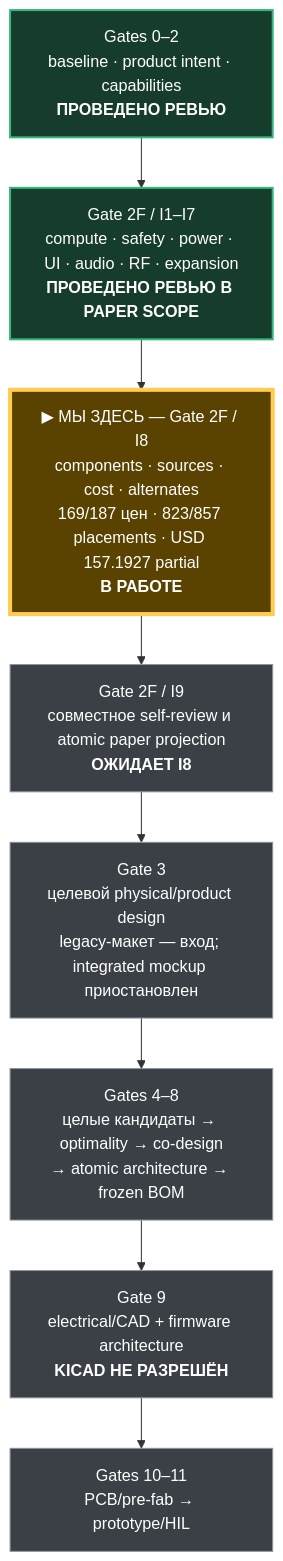
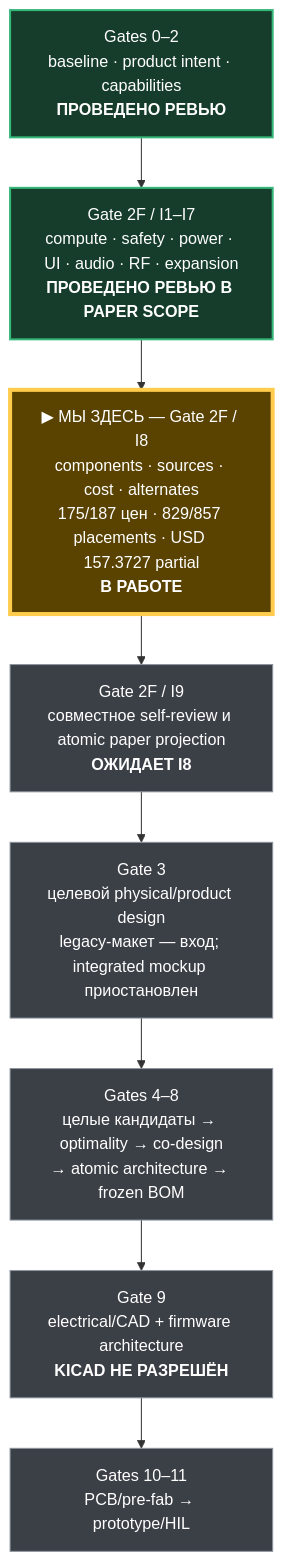
Before and after one commit to anton-vinogradov/esp32-leshy2: the diagram in docs/review/stages.md, drawn with Mermaid. The commit also changed other lines of this file and 40 other files, not shown here.

````diff
--- a/docs/review/stages.md
+++ b/docs/review/stages.md
@@ -15,20 +15,20 @@
 ```mermaid
 flowchart TD
   G02["Gates 0–2<br/>baseline · product intent · capabilities<br/><b>ПРОВЕДЕНО РЕВЬЮ</b>"]
   I17["Gate 2F / I1–I7<br/>compute · safety · power · UI · audio · RF · expansion<br/><b>ПРОВЕДЕНО РЕВЬЮ В PAPER SCOPE</b>"]
-  I8["▶ МЫ ЗДЕСЬ — Gate 2F / I8<br/>components · sources · cost · alternates<br/>169/187 цен · 823/857 placements · USD 157.1927 partial<br/><b>В РАБОТЕ</b>"]
+  I8["▶ МЫ ЗДЕСЬ — Gate 2F / I8<br/>components · sources · cost · alternates<br/>175/187 цен · 829/857 placements · USD 157.3727 partial<br/><b>В РАБОТЕ</b>"]
   I9["Gate 2F / I9<br/>совместное self-review и atomic paper projection<br/><b>ОЖИДАЕТ I8</b>"]
   G3["Gate 3<br/>целевой physical/product design<br/>legacy-макет — вход; integrated mockup приостановлен"]
   G48["Gates 4–8<br/>целые кандидаты → optimality → co-design<br/>→ atomic architecture → frozen BOM"]
   G9["Gate 9<br/>electrical/CAD + firmware architecture<br/><b>KICAD НЕ РАЗРЕШЁН</b>"]
   G1011["Gates 10–11<br/>PCB/pre-fab → prototype/HIL"]
 
   G02 --> I17 --> I8 --> I9 --> G3 --> G48 --> G9 --> G1011
 
   classDef reviewed fill:#163d2b,stroke:#35b779,color:#ffffff,stroke-width:2px;
   classDef current fill:#5a4300,stroke:#ffcc4d,color:#ffffff,stroke-width:4px;
   classDef blocked fill:#3b3f46,stroke:#8b949e,color:#ffffff,stroke-width:1px;
   class G02,I17 reviewed;
   class I8 current;
   class I9,G3,G48,G9,G1011 blocked;
 ```
````
